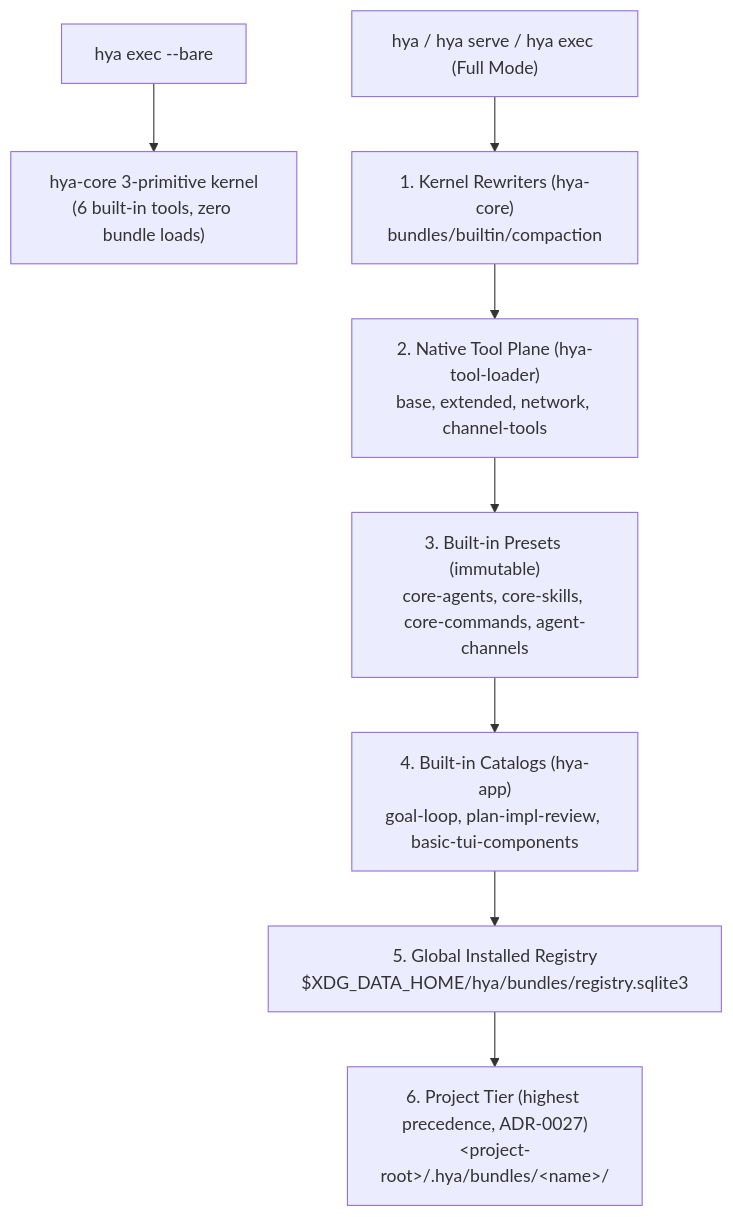
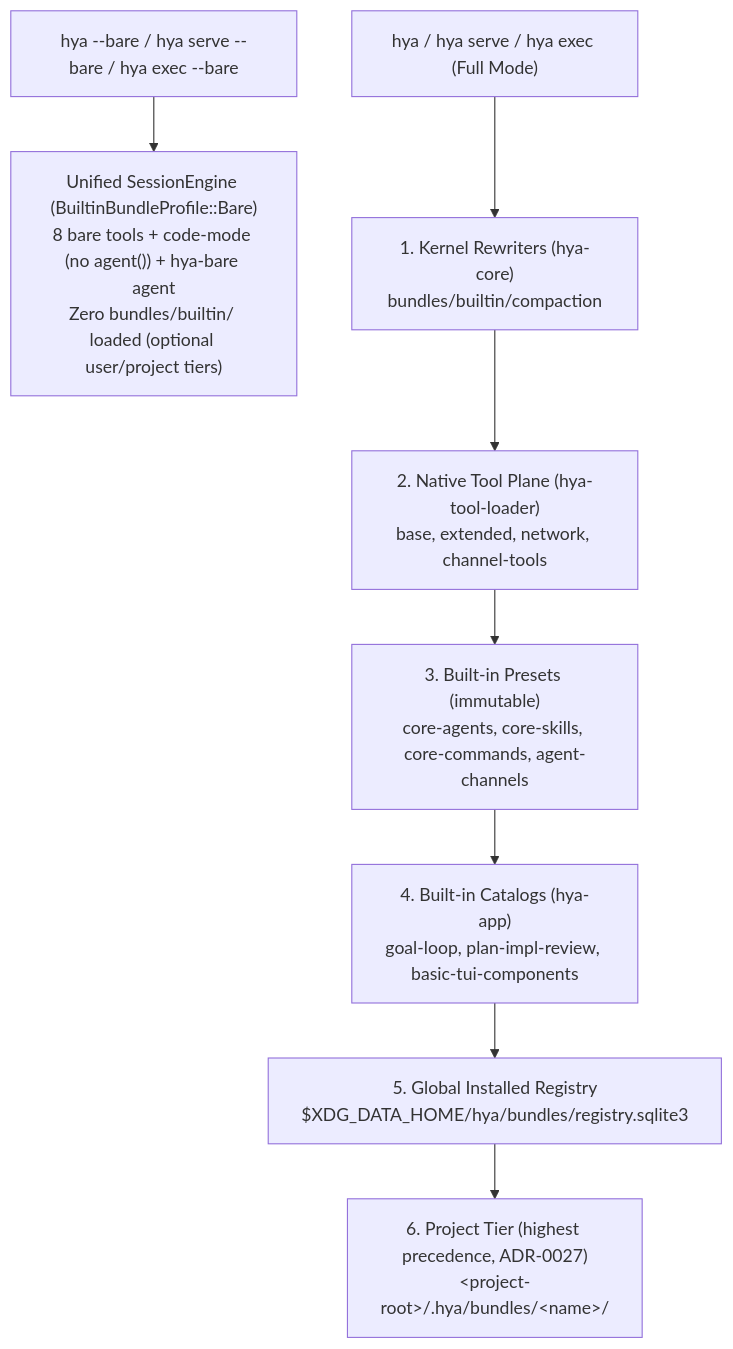
One commit to anyin233/hya changed the diagram in docs/extend/hyabundle-spec.md. Above: the diagram before and after it, drawn with Mermaid. The commit also changed other lines of this file and 45 other files, not shown here.

Commit message:
feat(backend): unify global --bare runtime across exec, serve, and TUI

````diff
--- a/docs/extend/hyabundle-spec.md
+++ b/docs/extend/hyabundle-spec.md
@@ -464,11 +464,11 @@
 ```mermaid
 flowchart TD
-    Bare["hya exec --bare"] --> KernelOnly["hya-core 3-primitive kernel<br/>(6 built-in tools, zero bundle loads)"]
+    Bare["hya --bare / hya serve --bare / hya exec --bare"] --> BareProfile["Unified SessionEngine (BuiltinBundleProfile::Bare)<br/>8 bare tools + code-mode (no agent()) + hya-bare agent<br/>Zero bundles/builtin/ loaded (optional user/project tiers)"]
 
     Full["hya / hya serve / hya exec (Full Mode)"] --> L1["1. Kernel Rewriters (hya-core)<br/>bundles/builtin/compaction"]
     L1 --> L2["2. Native Tool Plane (hya-tool-loader)<br/>base, extended, network, channel-tools"]
     L2 --> L3["3. Built-in Presets (immutable)<br/>core-agents, core-skills, core-commands, agent-channels"]
     L3 --> L4["4. Built-in Catalogs (hya-app)<br/>goal-loop, plan-impl-review, basic-tui-components"]
     L4 --> L5["5. Global Installed Registry<br/>$XDG_DATA_HOME/hya/bundles/registry.sqlite3"]
     L5 --> L6["6. Project Tier (highest precedence, ADR-0027)<br/>&lt;project-root&gt;/.hya/bundles/&lt;name&gt;/"]
 ```
````
